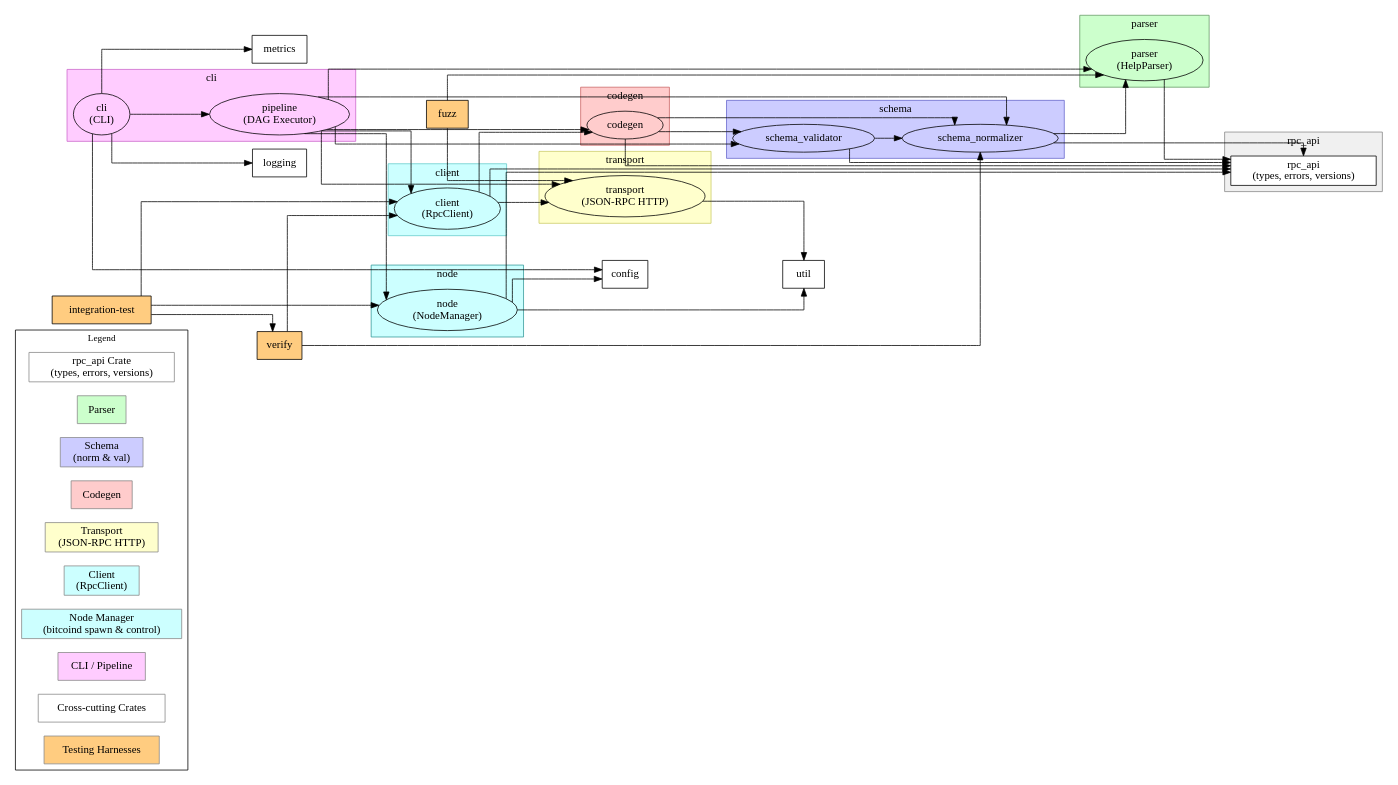
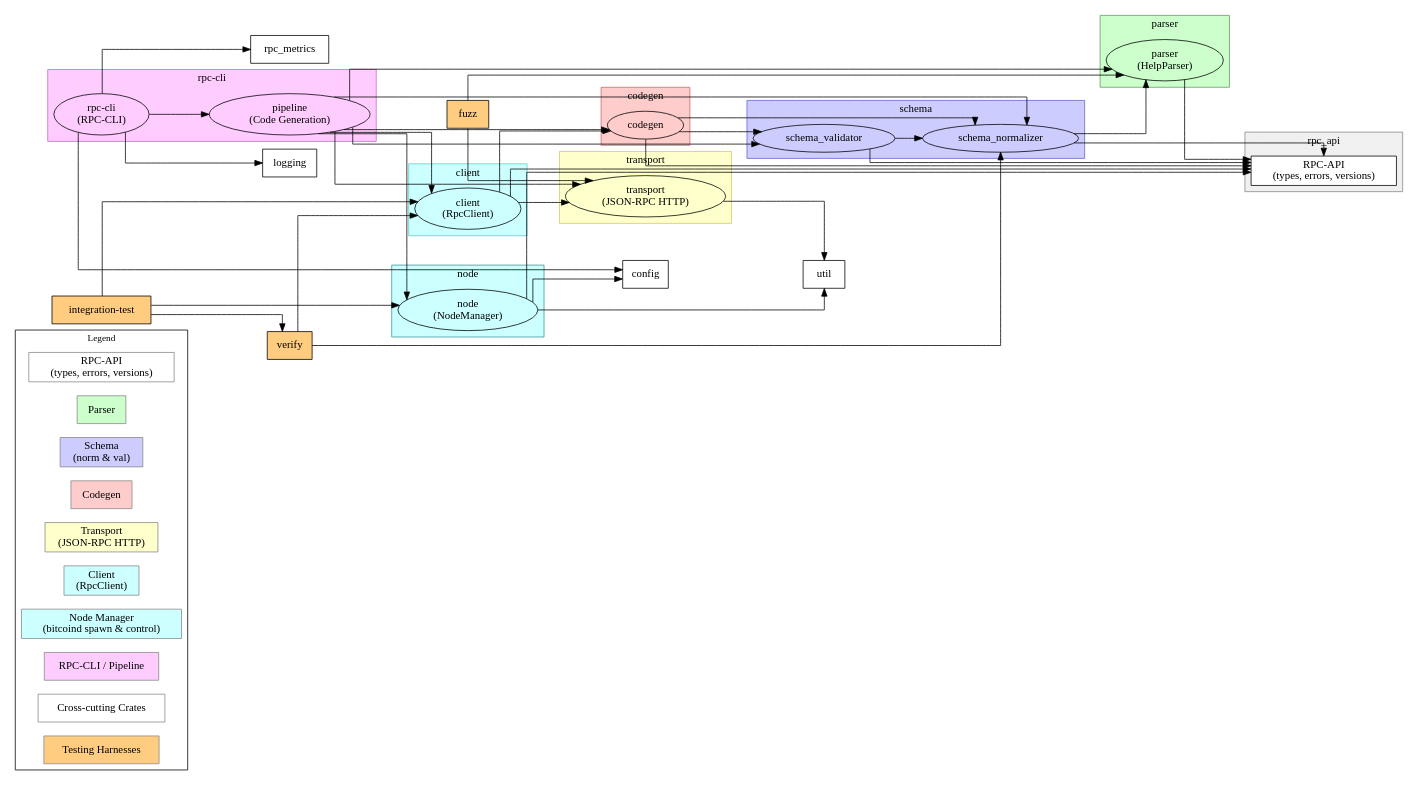
The diagram in docs/structure.dot (nervana21/bitcoin-rpc-codegen), drawn with Graphviz before and after one commit. The commit also changed 1 other file, not shown here.

Commit message:
docs: Update design notes and structure diagram for crate naming
- Added entry for `rpc-cli` in design notes to clarify naming due to clashes.

- Updated structure diagram to reflect the new naming conventions for `RPC-API` and `RPC-CLI`, enhancing clarity in the documentation.

```diff
--- a/docs/structure.dot
+++ b/docs/structure.dot
@@ -1,117 +1,116 @@
 digraph BitcoinRpcCodegen {
   graph [rankdir=LR, splines=ortho];
 
   // ───────────── Legend ─────────────
   subgraph cluster_legend {
-    rank = min;
     label="Legend"; fontsize=12;
     node [shape=box style=filled];
-    legend_rpc_api   [label="rpc_api Crate\n(types, errors, versions)" fillcolor="#ffffff" color="#888888"];
+    legend_rpc_api   [label="RPC-API\n(types, errors, versions)" fillcolor="#ffffff" color="#888888"];
     legend_parser    [label="Parser" fillcolor="#ccffcc" color="#888888"];
     legend_schema    [label="Schema\n(norm & val)" fillcolor="#ccccff" color="#888888"];
     legend_codegen   [label="Codegen" fillcolor="#ffcccc" color="#888888"];
     legend_transport [label="Transport\n(JSON‑RPC HTTP)" fillcolor="#ffffcc" color="#888888"];
     legend_client    [label="Client\n(RpcClient)" fillcolor="#ccffff" color="#888888"];
     legend_node_mgr  [label="Node Manager\n(bitcoind spawn & control)" fillcolor="#ccffff" color="#888888"];
-    legend_cli       [label="CLI / Pipeline" fillcolor="#ffccff" color="#888888"];
+    legend_rpc_cli   [label="RPC-CLI / Pipeline" fillcolor="#ffccff" color="#888888"];
     legend_cross     [label="Cross‑cutting Crates" fillcolor="#ffffff" color="#888888"];
     legend_tests     [label="Testing Harnesses" fillcolor="#ffcc80" color="#888888"];
   }
 
-  // ───────────── rpc_api crate ─────────────
+  // ───────────── RPC-API crate ─────────────
   subgraph cluster_rpc_api {
     label="rpc_api"; style=filled; fillcolor="#f0f0f0"; color="#888888";
     node [shape=box style=filled fillcolor="#ffffff" color="#000000"];
-    rpc_api [label="rpc_api\n(types, errors, versions)"];
+    rpc_api [label="RPC-API\n(types, errors, versions)"];
   }
 
   // ───────────── Parser crate ─────────────
   subgraph cluster_parser {
     label="parser"; style=filled; fillcolor="#ccffcc"; color="#669966";
     parser [label="parser\n(HelpParser)"];
   }
 
   // ───────────── Schema crate ─────────────
   subgraph cluster_schema {
     label="schema"; style=filled; fillcolor="#ccccff"; color="#6666CC";
     schema_norm [label="schema_normalizer"];
     schema_val  [label="schema_validator"];
   }
 
   // ───────────── Codegen crate ─────────────
   subgraph cluster_codegen {
     label="codegen"; style=filled; fillcolor="#ffcccc"; color="#CC6666";
     codegen [label="codegen"];
   }
 
   // ───────────── Transport crate ─────────────
   subgraph cluster_transport {
     label="transport"; style=filled; fillcolor="#ffffcc"; color="#CCCC66";
     transport [label="transport\n(JSON‑RPC HTTP)"];
   }
 
   // ───────────── Client crate ─────────────
   subgraph cluster_client {
     label="client"; style=filled; fillcolor="#ccffff"; color="#66CCCC";
     client [label="client\n(RpcClient)"];
   }
 
   // ───────────── Node Manager crate ─────────────
   subgraph cluster_node_mgr {
     label="node"; style=filled; fillcolor="#ccffff"; color="#339999";
     node_mgr [label="node\n(NodeManager)"];
   }
 
-  // ───────────── CLI / Pipeline crate ─────────────
-  subgraph cluster_cli {
-    label="cli"; style=filled; fillcolor="#ffccff"; color="#CC66CC";
-    pipeline [label="pipeline\n(DAG Executor)"];
-    cli_app  [label="cli\n(CLI)"];
+  // ───────────── RPC_CLI / Pipeline crate ─────────────
+  subgraph cluster_rpc_cli {
+    label="rpc-cli"; style=filled; fillcolor="#ffccff"; color="#CC66CC";
+    pipeline [label="pipeline\n(Code Generation)"];
+    rpc_cli  [label="rpc-cli\n(RPC-CLI)"];
   }
 
   // ───────────── Cross‑cutting crates ─────────────
   config  [label="config"  shape=box style=filled fillcolor="#ffffff"];
   util    [label="util"    shape=box style=filled fillcolor="#ffffff"];
   logging [label="logging" shape=box style=filled fillcolor="#ffffff"];
-  metrics [label="metrics" shape=box style=filled fillcolor="#ffffff"];
+  rpc_metrics [label="rpc_metrics" shape=box style=filled fillcolor="#ffffff"];
 
   // ───────────── Testing harnesses ─────────────
   integration_test [label="integration-test" shape=box style=filled fillcolor="#ffcc80"];
   fuzz             [label="fuzz"            shape=box style=filled fillcolor="#ffcc80"];
   verify           [label="verify"          shape=box style=filled fillcolor="#ffcc80"];
 
   // ───────────── Dependencies ─────────────
   parser           -> rpc_api;
   schema_norm      -> parser;
   schema_norm      -> rpc_api;
   schema_val       -> schema_norm;
   schema_val       -> rpc_api;
   codegen          -> schema_norm;
   codegen          -> schema_val;
   codegen          -> rpc_api;
   transport        -> util;
   client           -> codegen;
   client           -> transport;
   client           -> rpc_api;
   node_mgr         -> rpc_api;
   node_mgr         -> util;
   node_mgr         -> config;
   pipeline         -> parser;
   pipeline         -> schema_norm;
   pipeline         -> schema_val;
   pipeline         -> codegen;
   pipeline         -> transport;
   pipeline         -> client;
   pipeline         -> node_mgr;
-  cli_app          -> pipeline;
-  cli_app          -> config;
-  cli_app          -> logging;
-  cli_app          -> metrics;
-  integration_test -> node_mgr;
+  rpc_cli          -> pipeline;
+  rpc_cli          -> config;
+  rpc_cli          -> logging;
+  rpc_cli          -> rpc_metrics;
+  integration_test          -> node_mgr;
   integration_test -> client;
   integration_test -> verify;
   fuzz             -> parser;
   fuzz             -> transport;
   verify           -> client;
   verify           -> schema_norm;
 }
```
